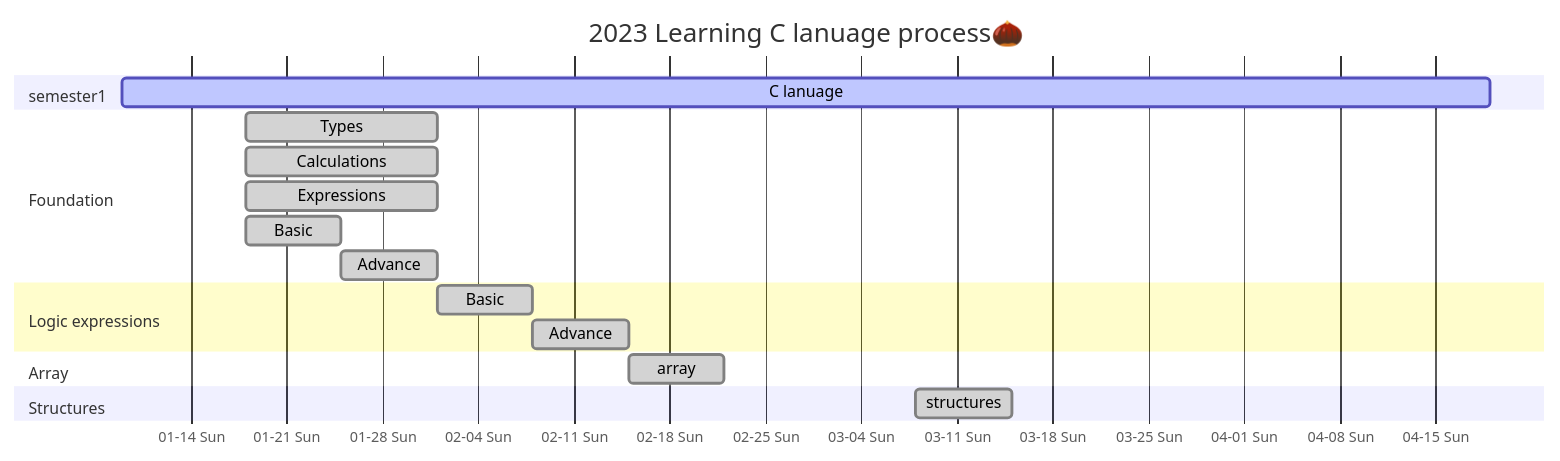
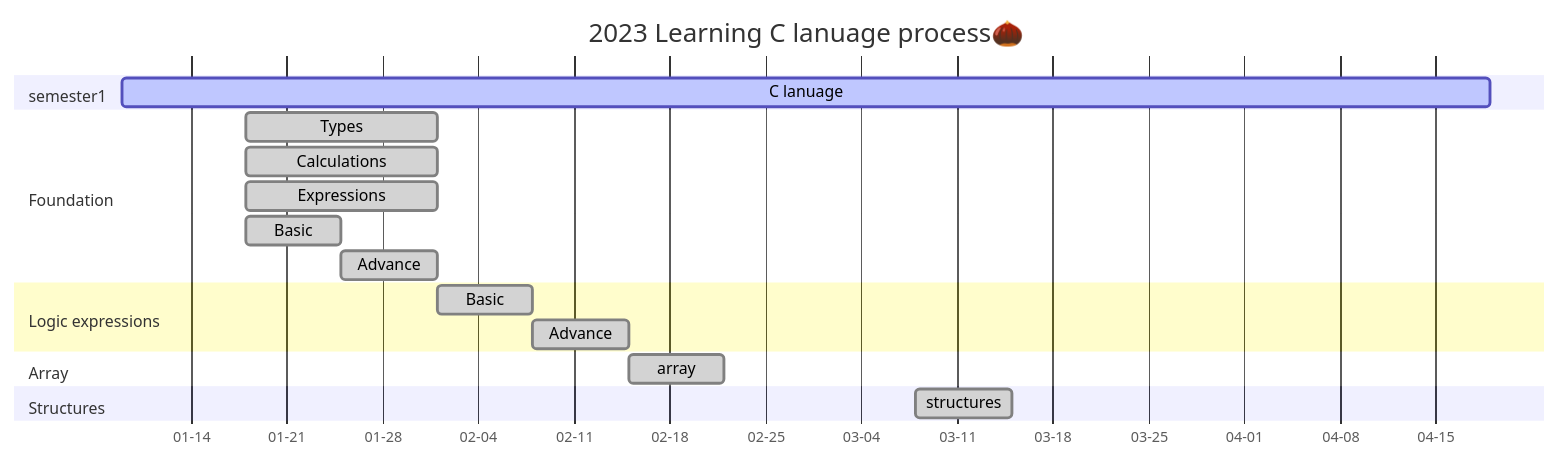
Before and after one commit to AimeeWen1992/Learning-C: the second of 2 diagrams in README.md, drawn with Mermaid.

````diff
--- a/README.md
+++ b/README.md
@@ -32,25 +32,25 @@
 ```mermaid
 gantt
 title 2023 Learning C lanuage process🌰
 dateFormat YYYY-MM-DD
-axisFormat %m-%d %a
+axisFormat %m-%d
 section semester1
         C lanuage    :active,01-09,100d
 section Foundation          
         Types        :done,01-18,14d
         Calculations :done,01-18,14d
         Expressions  :done,01-18,14d
         Basic   :done,01-18,7d
         Advance :done,01-25,7d
 
 section Logic expressions
         Basic   :done,des1,02-01,7d
         Advance :done,des2,after des1,7d
 
 section Array
         array :done,02-15,7d
 
 section Structures
         structures :done,03-08,7d
 
 ```
````
